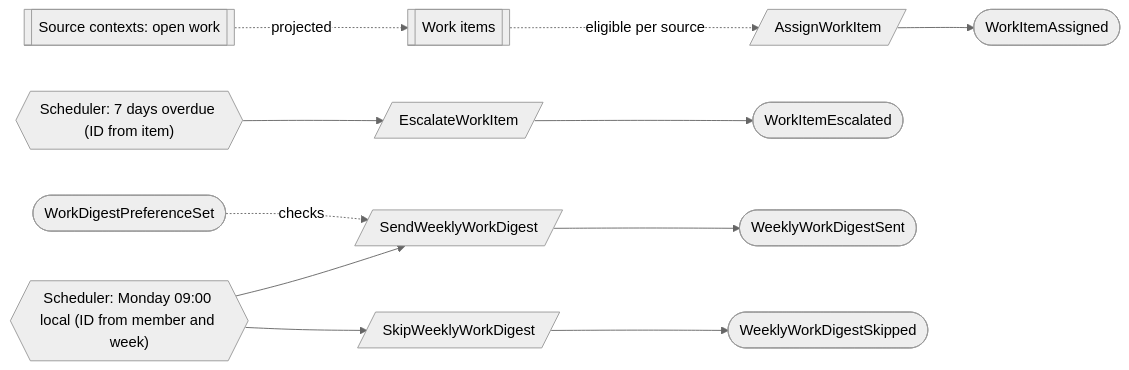
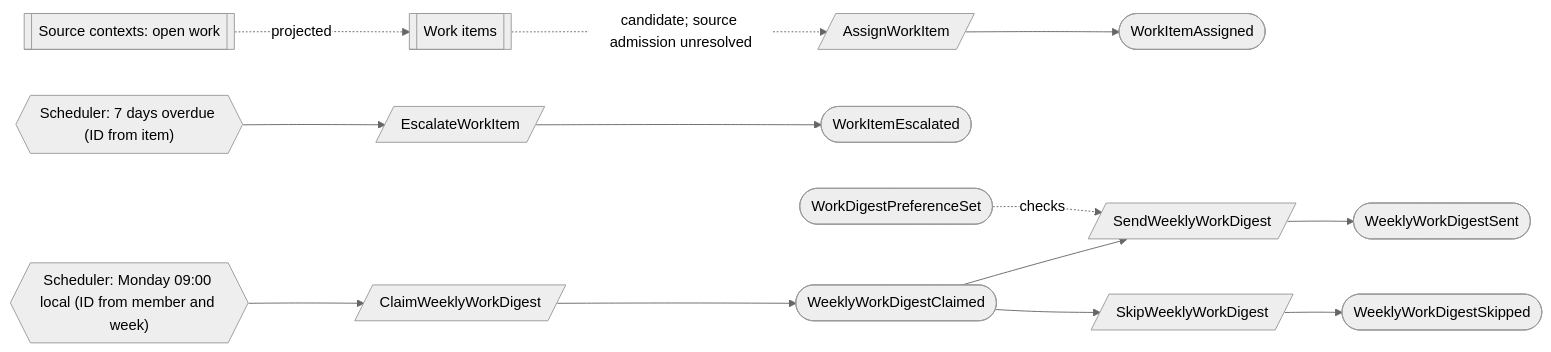
One commit to bdgrz/compliance-core changed the diagram in docs/proposed/contexts/work-queue.md. Above: the diagram before and after it, drawn with Mermaid (neutral theme). The commit also changed other lines of this file and 1812 other files, not shown here.

````diff
--- a/docs/proposed/contexts/work-queue.md
+++ b/docs/proposed/contexts/work-queue.md
@@ -102,9 +134,10 @@
 ```mermaid
 flowchart LR
     X1[[Source contexts: open work]] -. projected .-> Q[[Work items]]
-    Q -. "eligible per source" .-> C1[/AssignWorkItem/] --> E1([WorkItemAssigned])
+    Q -. "candidate; source admission unresolved" .-> C1[/AssignWorkItem/] --> E1([WorkItemAssigned])
     S1{{"Scheduler: 7 days overdue (ID from item)"}} --> C2[/EscalateWorkItem/] --> E2([WorkItemEscalated])
-    S2{{"Scheduler: Monday 09:00 local (ID from member and week)"}} --> C3[/SendWeeklyWorkDigest/] --> E3([WeeklyWorkDigestSent])
-    S2 --> C4[/SkipWeeklyWorkDigest/] --> E4([WeeklyWorkDigestSkipped])
+    S2{{"Scheduler: Monday 09:00 local (ID from member and week)"}} --> CL[/ClaimWeeklyWorkDigest/] --> EL([WeeklyWorkDigestClaimed])
+    EL --> C3[/SendWeeklyWorkDigest/] --> E3([WeeklyWorkDigestSent])
+    EL --> C4[/SkipWeeklyWorkDigest/] --> E4([WeeklyWorkDigestSkipped])
     P([WorkDigestPreferenceSet]) -. checks .-> C3
 ```
````
